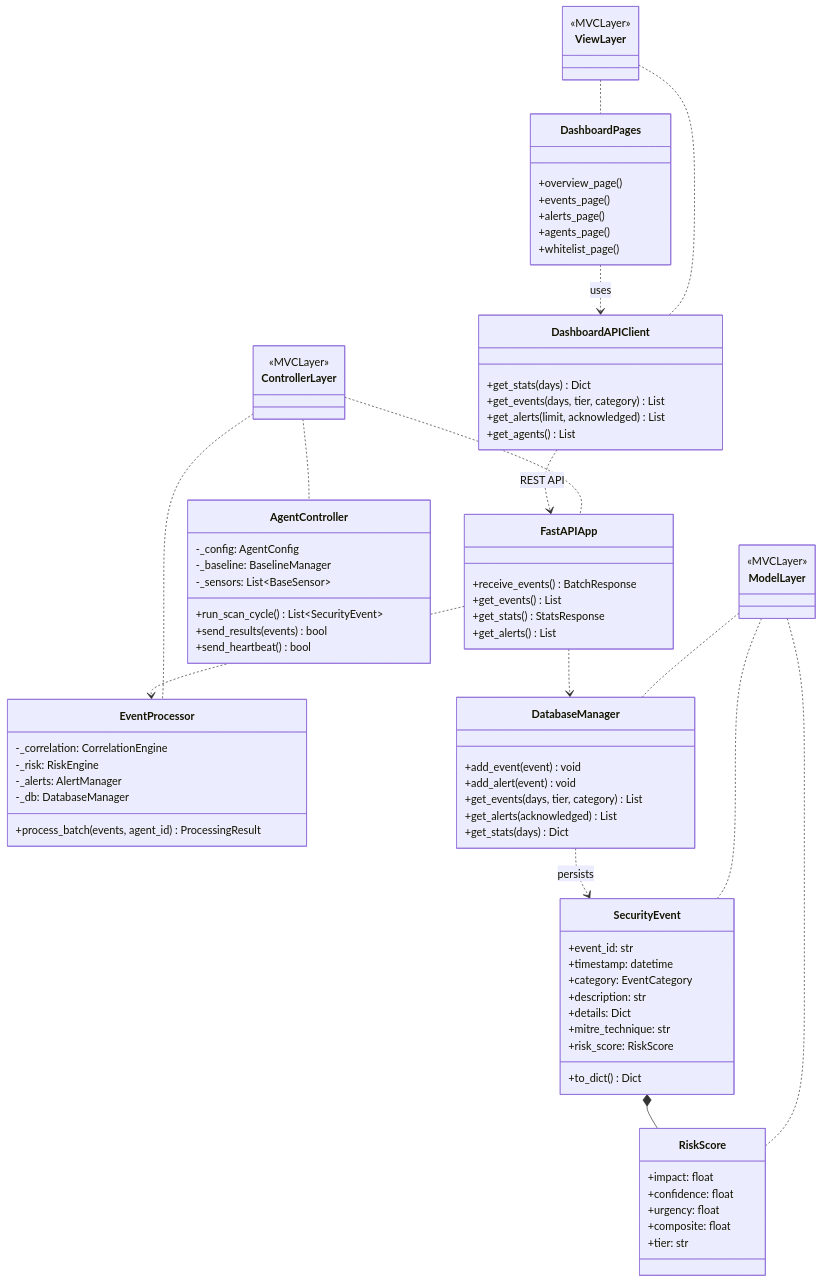
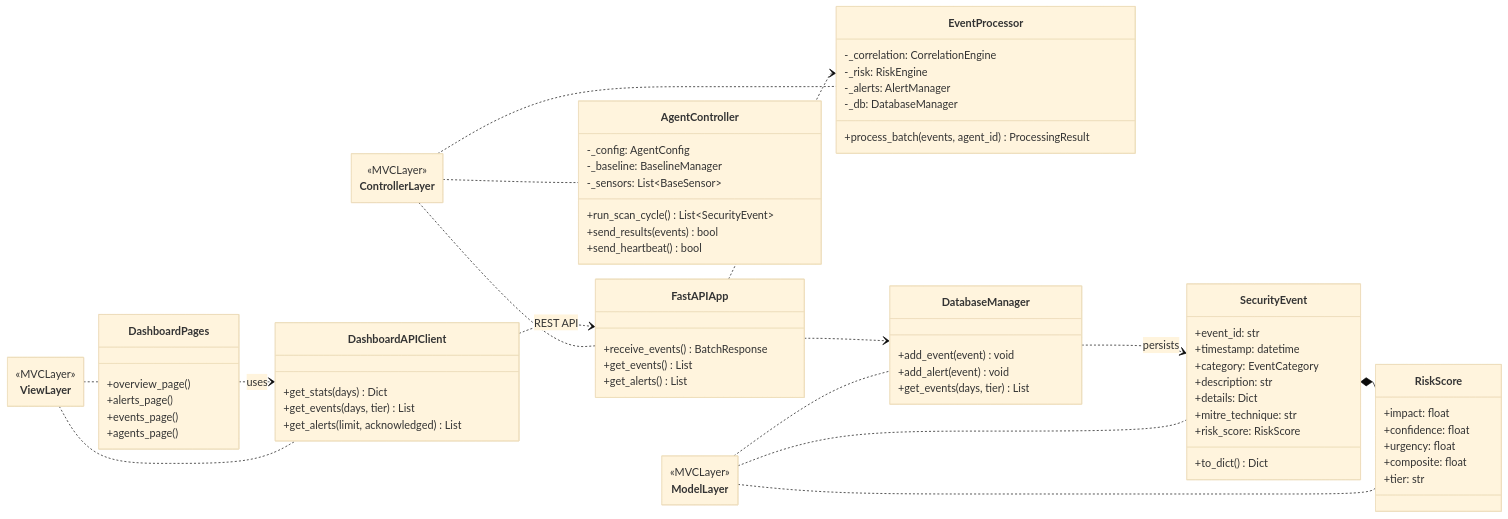
One commit to kupetsovkn24-lgtm/HIDS changed the first of 2 diagrams in uml4.md. Above: the diagram before and after it, drawn with Mermaid. The commit also changed other lines of this file, not shown here.

````diff
--- a/uml4.md
+++ b/uml4.md
@@ -3,6 +3,7 @@
 ```mermaid
+%%{init: {"theme":"base","flowchart":{"nodeSpacing":22,"rankSpacing":22},"class":{"hideEmptyMembersBox":true}}}%%
 classDiagram
-direction TB
+direction LR
 
 class ViewLayer { <<MVCLayer>> }
 class ControllerLayer { <<MVCLayer>> }
@@ -10,17 +11,15 @@
 
 class DashboardPages {
     +overview_page()
+    +alerts_page()
     +events_page()
-    +alerts_page()
     +agents_page()
-    +whitelist_page()
 }
 
 class DashboardAPIClient {
     +get_stats(days) Dict
-    +get_events(days, tier, category) List
+    +get_events(days, tier) List
     +get_alerts(limit, acknowledged) List
-    +get_agents() List
 }
 
 class AgentController {
@@ -35,7 +34,6 @@
 class FastAPIApp {
     +receive_events() BatchResponse
     +get_events() List
-    +get_stats() StatsResponse
     +get_alerts() List
 }
 
@@ -69,9 +67,7 @@
 class DatabaseManager {
     +add_event(event) void
     +add_alert(event) void
-    +get_events(days, tier, category) List
-    +get_alerts(acknowledged) List
-    +get_stats(days) Dict
+    +get_events(days, tier) List
 }
 
 ViewLayer .. DashboardPages
````
